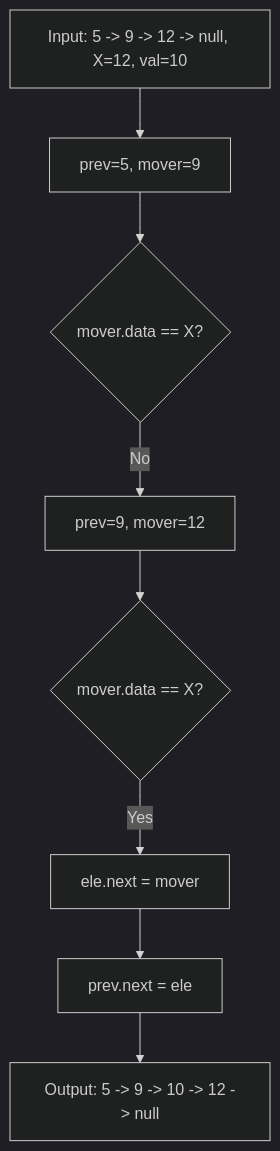
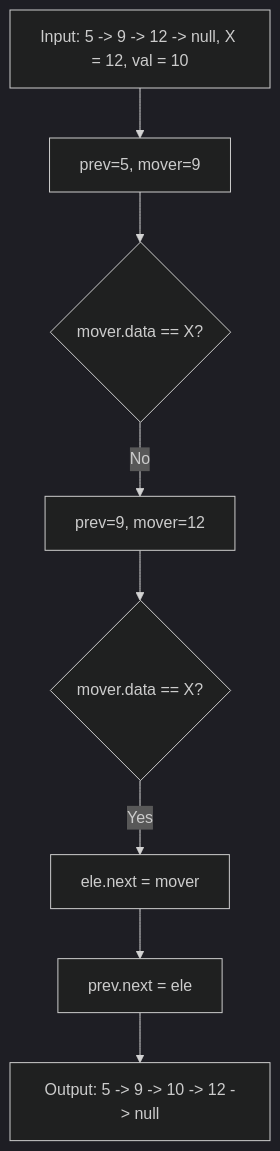
The ninth of 9 diagrams in dsa/02-Advanced/06-linkedlist/01-fundamentals/readme.md (pentoshi007/tuf), drawn with Mermaid before and after one commit. The commit also changed other lines of this file, not shown here.

Commit message:
fix: Mermaid diagram syntax for GitHub rendering

````diff
--- a/dsa/02-Advanced/06-linkedlist/01-fundamentals/readme.md
+++ b/dsa/02-Advanced/06-linkedlist/01-fundamentals/readme.md
@@ -580,11 +580,11 @@
 ```mermaid
 %%{init: {'theme':'dark'}}%%
 flowchart TD
-    A[Input: 5 -> 9 -> 12 -> null, X=12, val=10] --> B[prev=5, mover=9]
+    A["Input: 5 -> 9 -> 12 -> null, X = 12, val = 10"] --> B["prev=5, mover=9"]
     B --> C{mover.data == X?}
-    C -->|No| D[prev=9, mover=12]
+    C -->|No| D["prev=9, mover=12"]
     D --> E{mover.data == X?}
-    E -->|Yes| F[ele.next = mover]
-    F --> G[prev.next = ele]
-    G --> H[Output: 5 -> 9 -> 10 -> 12 -> null]
+    E -->|Yes| F["ele.next = mover"]
+    F --> G["prev.next = ele"]
+    G --> H["Output: 5 -> 9 -> 10 -> 12 -> null"]
 ```
````
